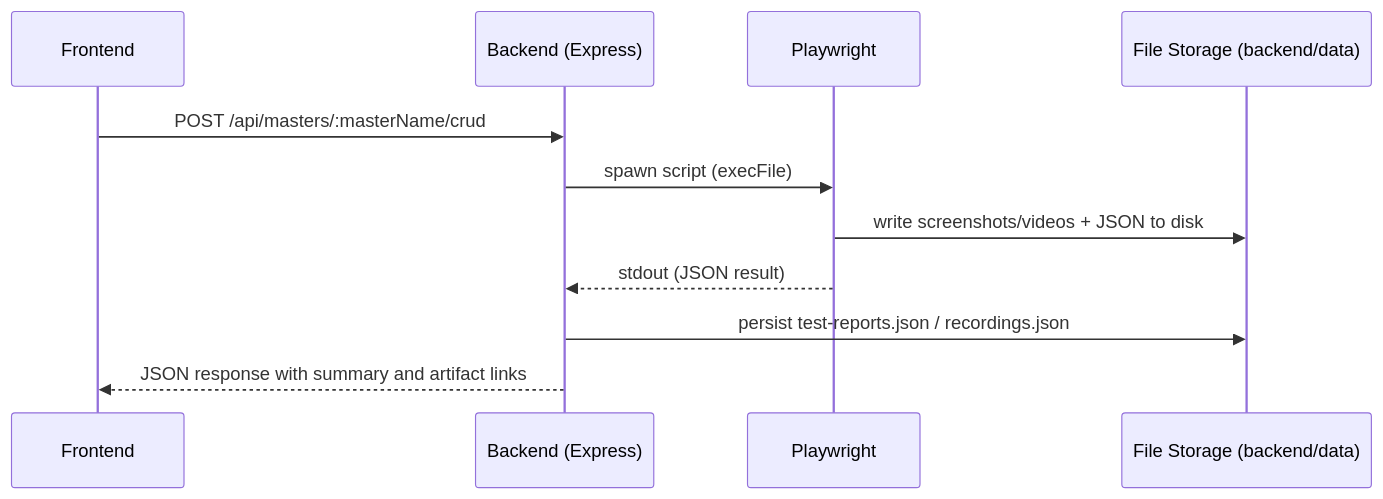
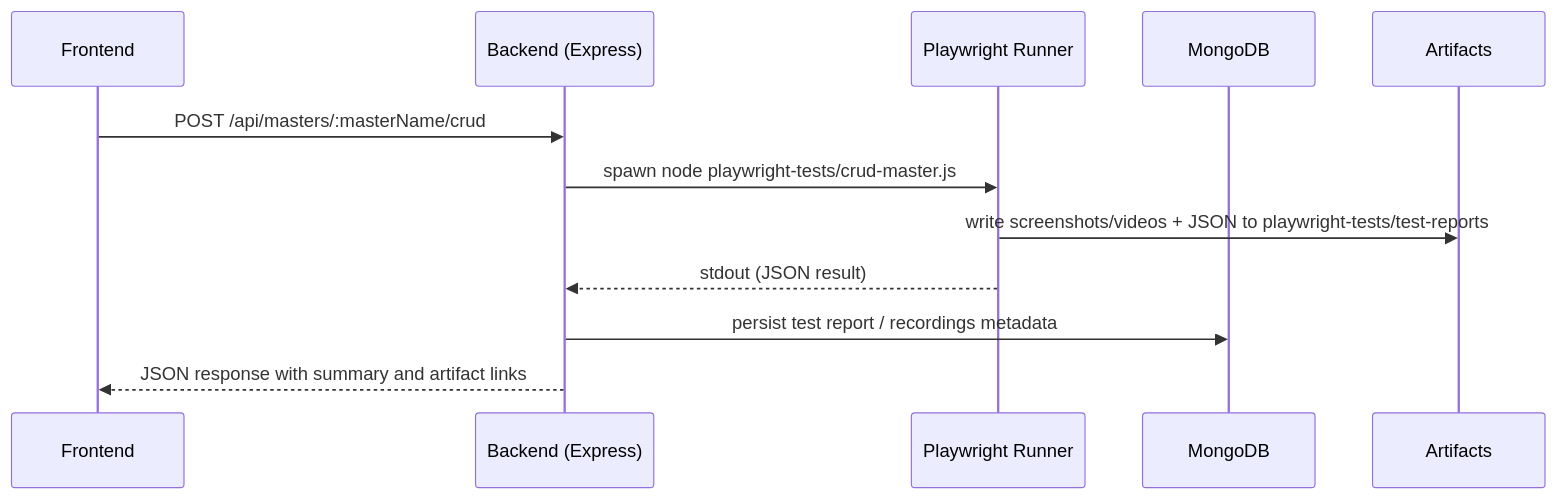
Before and after one commit to aakashp2001/Compliance_Quickflow: the diagram in Docs/ARCHITECTURE.md, drawn with Mermaid. The commit also changed other lines of this file and 76 other files, not shown here.

````diff
--- a/Docs/ARCHITECTURE.md
+++ b/Docs/ARCHITECTURE.md
@@ -20,14 +20,15 @@
 ```mermaid
 sequenceDiagram
   participant FE as Frontend
   participant BE as Backend (Express)
-  participant PW as Playwright
-  participant FS as File Storage (backend/data)
+  participant PW as Playwright Runner
+  participant DB as MongoDB
+  participant FS as Artifacts
 
   FE->>BE: POST /api/masters/:masterName/crud
-  BE->>PW: spawn script (execFile)
-  PW->>FS: write screenshots/videos + JSON to disk
+  BE->>PW: spawn node playwright-tests/crud-master.js
+  PW->>FS: write screenshots/videos + JSON to playwright-tests/test-reports
   PW-->>BE: stdout (JSON result)
-  BE->>FS: persist test-reports.json / recordings.json
+  BE->>DB: persist test report / recordings metadata
   BE-->>FE: JSON response with summary and artifact links
 ```
````
